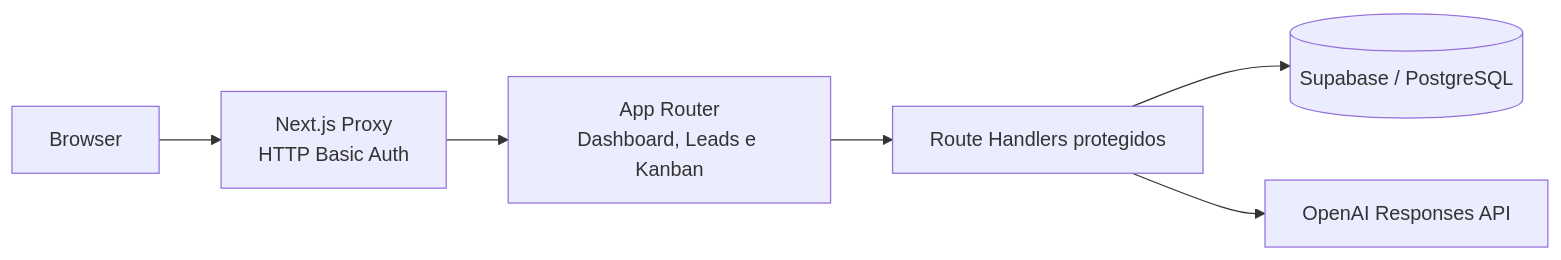
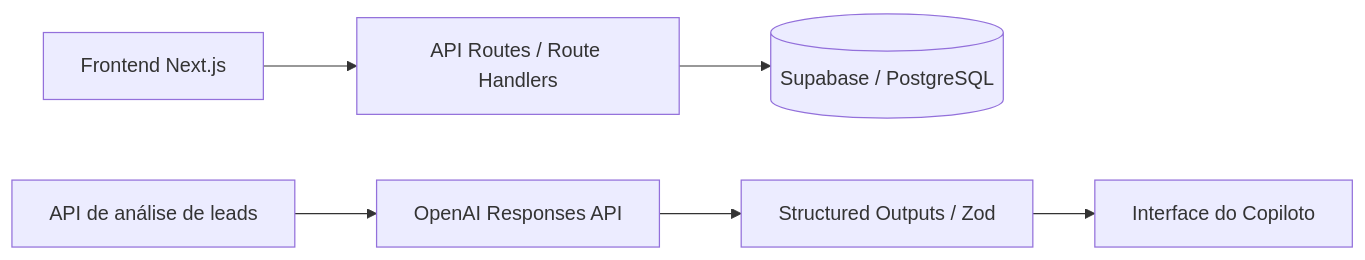
The diagram in README.md (CaioProDev/nexo-crm-ai), drawn with Mermaid before and after one commit. The commit also changed other lines of this file and 4 other files, not shown here.

````diff
--- a/README.md
+++ b/README.md
@@ -38,8 +101,9 @@
 ```mermaid
 flowchart LR
-    B[Browser] --> P[Next.js Proxy<br/>HTTP Basic Auth]
-    P --> UI[App Router<br/>Dashboard, Leads e Kanban]
-    UI --> API[Route Handlers protegidos]
-    API --> DB[(Supabase / PostgreSQL)]
-    API --> AI[OpenAI Responses API]
+    Frontend[Frontend Next.js] --> Routes[API Routes / Route Handlers]
+    Routes --> Database[(Supabase / PostgreSQL)]
+
+    Analysis[API de análise de leads] --> OpenAI[OpenAI Responses API]
+    OpenAI --> Validation[Structured Outputs / Zod]
+    Validation --> Copilot[Interface do Copiloto]
 ```
````
